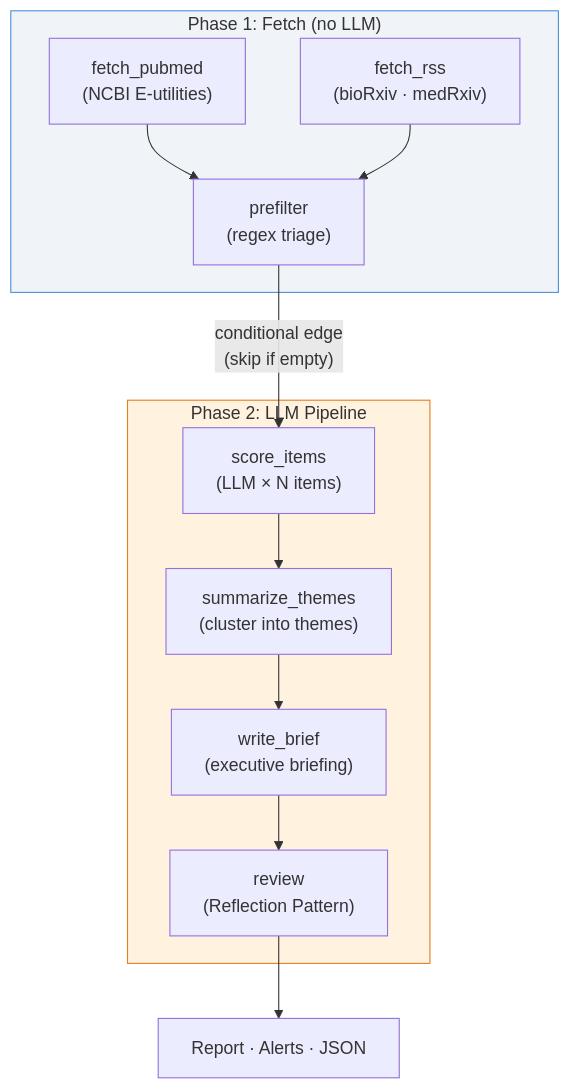
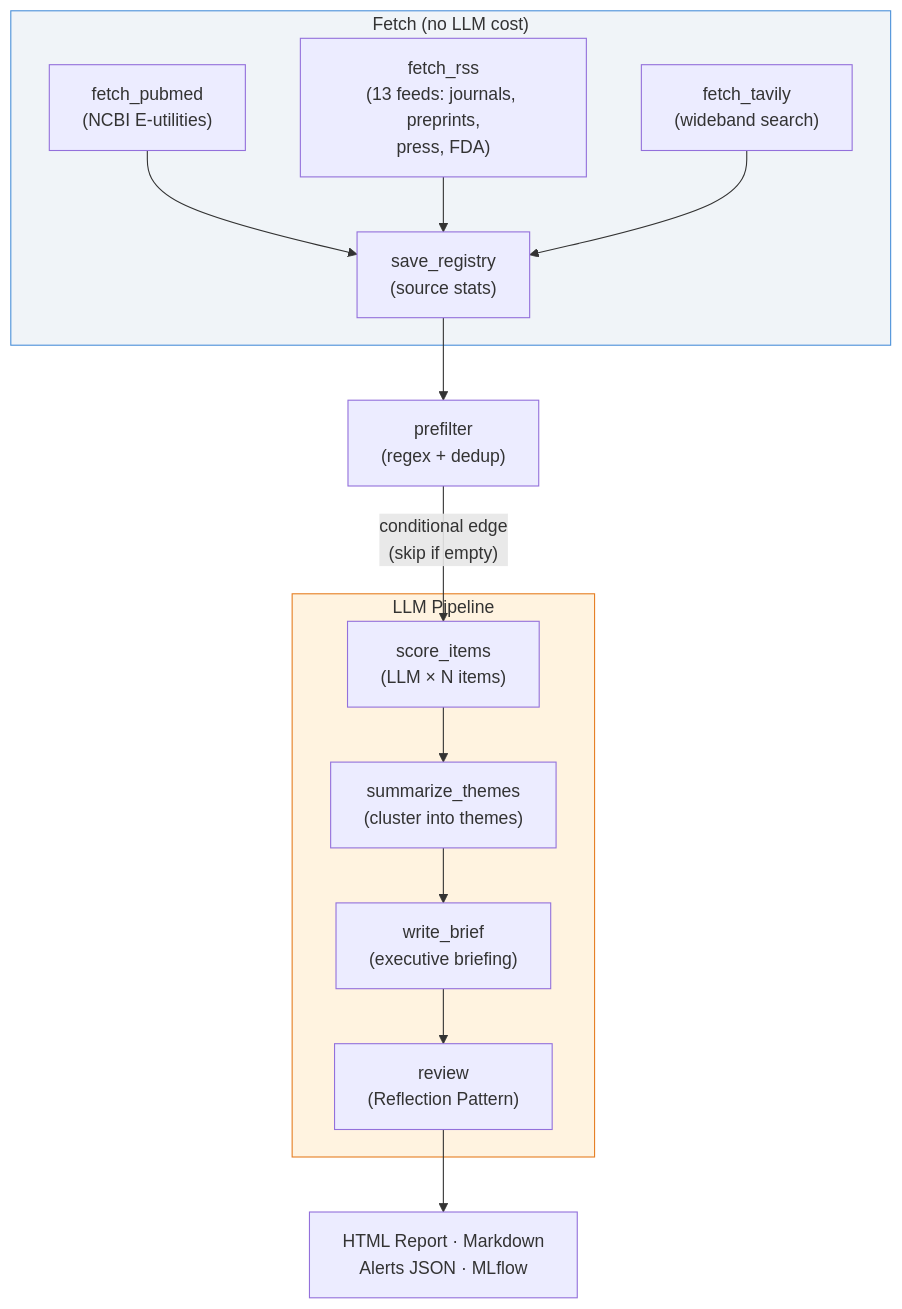
The diagram in README.md (kgrajski/neurotech_newshound), drawn with Mermaid before and after one commit. The commit also changed other lines of this file, not shown here.

Commit message:
Update README: all four features (sources, HTML, MLflow, dedup) documented

````diff
--- a/README.md
+++ b/README.md
@@ -26,20 +29,23 @@
 ```mermaid
 flowchart TD
-    subgraph fetch ["Phase 1: Fetch (no LLM)"]
-        A["fetch_pubmed<br>(NCBI E-utilities)"] --> C["prefilter<br>(regex triage)"]
-        B["fetch_rss<br>(bioRxiv · medRxiv)"] --> C
+    subgraph fetch ["Fetch (no LLM cost)"]
+        A["fetch_pubmed<br>(NCBI E-utilities)"] --> D["save_registry<br>(source stats)"]
+        B["fetch_rss<br>(13 feeds: journals, preprints,<br>press, FDA)"] --> D
+        C["fetch_tavily<br>(wideband search)"] --> D
     end
 
-    C -->|"conditional edge<br>(skip if empty)"| D
+    D --> E["prefilter<br>(regex + dedup)"]
 
-    subgraph llm ["Phase 2: LLM Pipeline"]
-        D["score_items<br>(LLM × N items)"] --> E["summarize_themes<br>(cluster into themes)"]
-        E --> F["write_brief<br>(executive briefing)"]
-        F --> G["review<br>(Reflection Pattern)"]
+    E -->|"conditional edge<br>(skip if empty)"| F
+
+    subgraph llm ["LLM Pipeline"]
+        F["score_items<br>(LLM × N items)"] --> G["summarize_themes<br>(cluster into themes)"]
+        G --> H["write_brief<br>(executive briefing)"]
+        H --> I["review<br>(Reflection Pattern)"]
     end
 
-    G --> H["Report · Alerts · JSON"]
+    I --> J["HTML Report · Markdown<br>Alerts JSON · MLflow"]
 
     style fetch fill:#f0f4f8,stroke:#4a90d9
     style llm fill:#fff3e0,stroke:#e67e22
 ```
````
